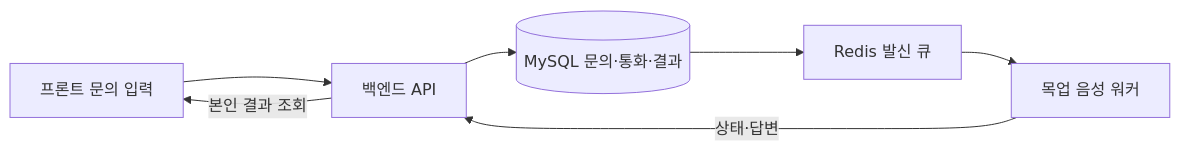
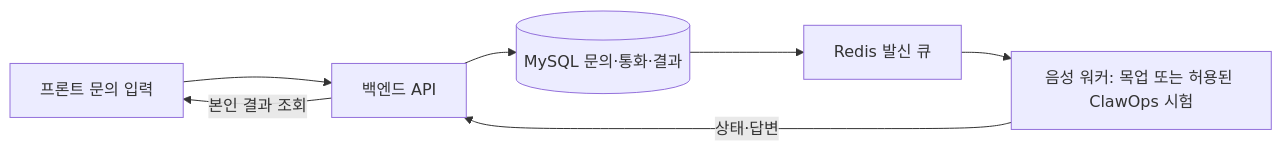
Before and after one commit to academy-calling-team/Academy-calling-agent: the diagram in docs/README.md, drawn with Mermaid. The commit also changed other lines of this file and 26 other files, not shown here.

````diff
--- a/docs/README.md
+++ b/docs/README.md
@@ -16,9 +18,9 @@
 ```mermaid
 flowchart LR
     F[프론트 문의 입력] --> B[백엔드 API]
     B --> D[(MySQL 문의·통화·결과)]
     D --> Q[Redis 발신 큐]
-    Q --> W[목업 음성 워커]
+    Q --> W[음성 워커: 목업 또는 허용된 ClawOps 시험]
     W -->|상태·답변| B
     B -->|본인 결과 조회| F
 ```
````
